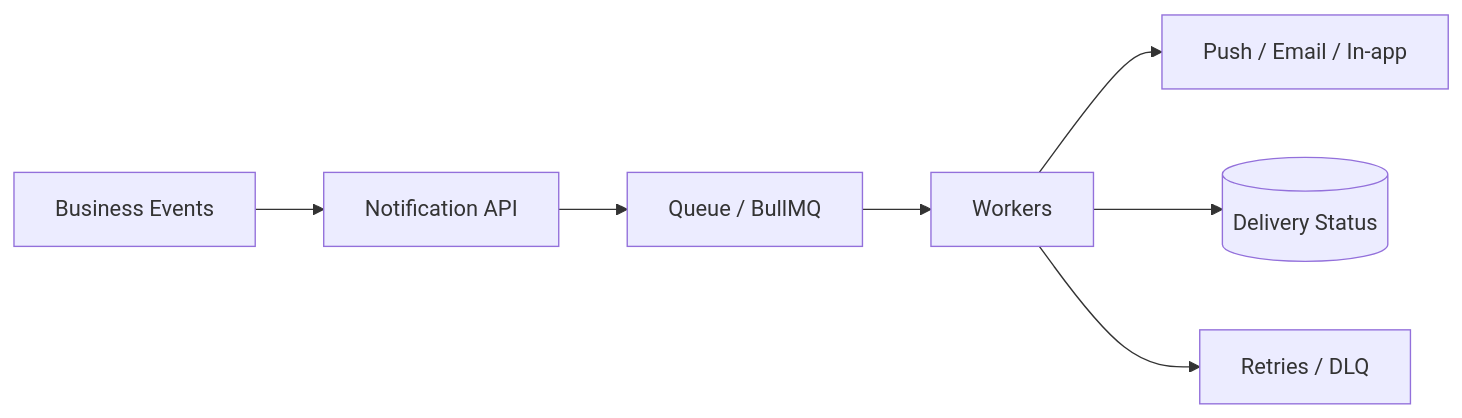
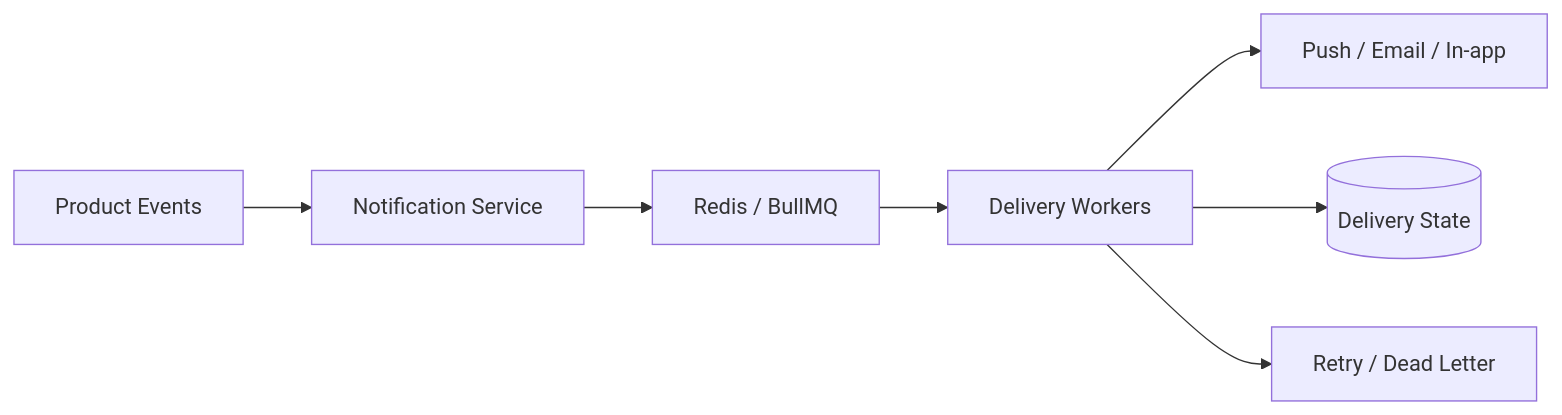
Before and after one commit to flutter-create-ani/flutter-create-ani: the third of 3 diagrams in README.md, drawn with Mermaid. The commit also changed other lines of this file, not shown here.

````diff
--- a/README.md
+++ b/README.md
@@ -115,9 +175,9 @@
 ```mermaid
 flowchart LR
-  A[Business Events] --> B[Notification API]
-  B --> C[Queue / BullMQ]
-  C --> D[Workers]
+  A[Product Events] --> B[Notification Service]
+  B --> C[Redis / BullMQ]
+  C --> D[Delivery Workers]
   D --> E[Push / Email / In-app]
-  D --> F[(Delivery Status)]
-  D --> G[Retries / DLQ]
+  D --> F[(Delivery State)]
+  D --> G[Retry / Dead Letter]
 ```
````
